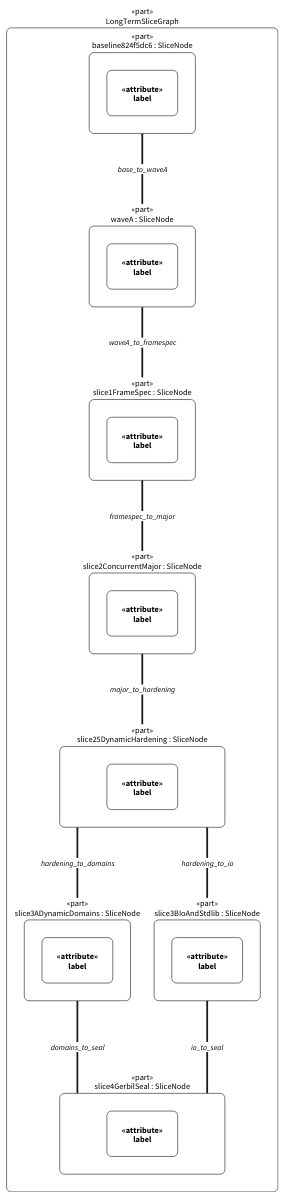
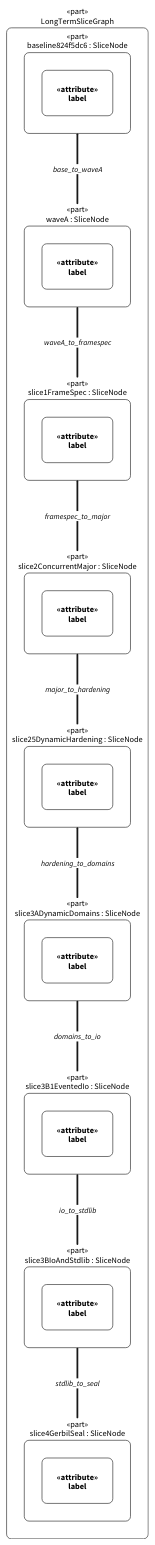
The diagram in dev/refactoring/modern-c/diagrams/longterm-unified-architecture.d2 (tao3k/gambit-SMP), drawn with D2 before and after one commit. The commit also changed 7 other files, not shown here.

First line of the commit message:
Slice 3B-1: formal models, CBMC PSO mutant killers, and SysML/Org closure for evented SMP I/O reactor

```diff
--- a/dev/refactoring/modern-c/diagrams/longterm-unified-architecture.d2
+++ b/dev/refactoring/modern-c/diagrams/longterm-unified-architecture.d2
@@ -1,48 +1,52 @@
 # interconnection rendering (no view declared; rendering GambitLongTermUnifiedArchitecture::LongTermSliceGraph directly)
 classes: {
   usage: { style: { fill: white; stroke: "#181818"; stroke-width: 1; font-color: black; font-size: 14; border-radius: 8 } }
   connection: { style: { stroke: "#181818"; font-size: 13; font-color: black; stroke-width: 3 } }
 }
 n0: "«part»\nLongTermSliceGraph" {
   class: usage
   n1: "«part»\nbaseline824f5dc6 : SliceNode" {
     class: usage
     n2: "«attribute»\nlabel" { class: usage }
   }
   n3: "«part»\nwaveA : SliceNode" {
     class: usage
     n4: "«attribute»\nlabel" { class: usage }
   }
   n5: "«part»\nslice1FrameSpec : SliceNode" {
     class: usage
     n6: "«attribute»\nlabel" { class: usage }
   }
   n7: "«part»\nslice2ConcurrentMajor : SliceNode" {
     class: usage
     n8: "«attribute»\nlabel" { class: usage }
   }
   n9: "«part»\nslice25DynamicHardening : SliceNode" {
     class: usage
     n10: "«attribute»\nlabel" { class: usage }
   }
   n11: "«part»\nslice3ADynamicDomains : SliceNode" {
     class: usage
     n12: "«attribute»\nlabel" { class: usage }
   }
-  n13: "«part»\nslice3BIoAndStdlib : SliceNode" {
+  n13: "«part»\nslice3B1EventedIo : SliceNode" {
     class: usage
     n14: "«attribute»\nlabel" { class: usage }
   }
-  n15: "«part»\nslice4GerbilSeal : SliceNode" {
+  n15: "«part»\nslice3BIoAndStdlib : SliceNode" {
     class: usage
     n16: "«attribute»\nlabel" { class: usage }
+  }
+  n17: "«part»\nslice4GerbilSeal : SliceNode" {
+    class: usage
+    n18: "«attribute»\nlabel" { class: usage }
   }
 }
 n0.n1 -- n0.n3: "base_to_waveA" { class: connection }
 n0.n3 -- n0.n5: "waveA_to_framespec" { class: connection }
 n0.n5 -- n0.n7: "framespec_to_major" { class: connection }
 n0.n7 -- n0.n9: "major_to_hardening" { class: connection }
 n0.n9 -- n0.n11: "hardening_to_domains" { class: connection }
-n0.n9 -- n0.n13: "hardening_to_io" { class: connection }
-n0.n11 -- n0.n15: "domains_to_seal" { class: connection }
-n0.n13 -- n0.n15: "io_to_seal" { class: connection }
+n0.n11 -- n0.n13: "domains_to_io" { class: connection }
+n0.n13 -- n0.n15: "io_to_stdlib" { class: connection }
+n0.n15 -- n0.n17: "stdlib_to_seal" { class: connection }
```
